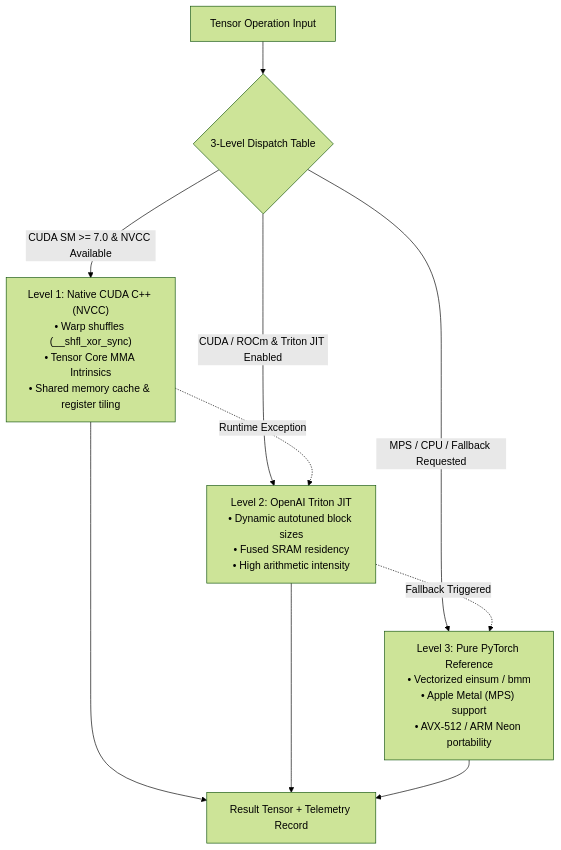
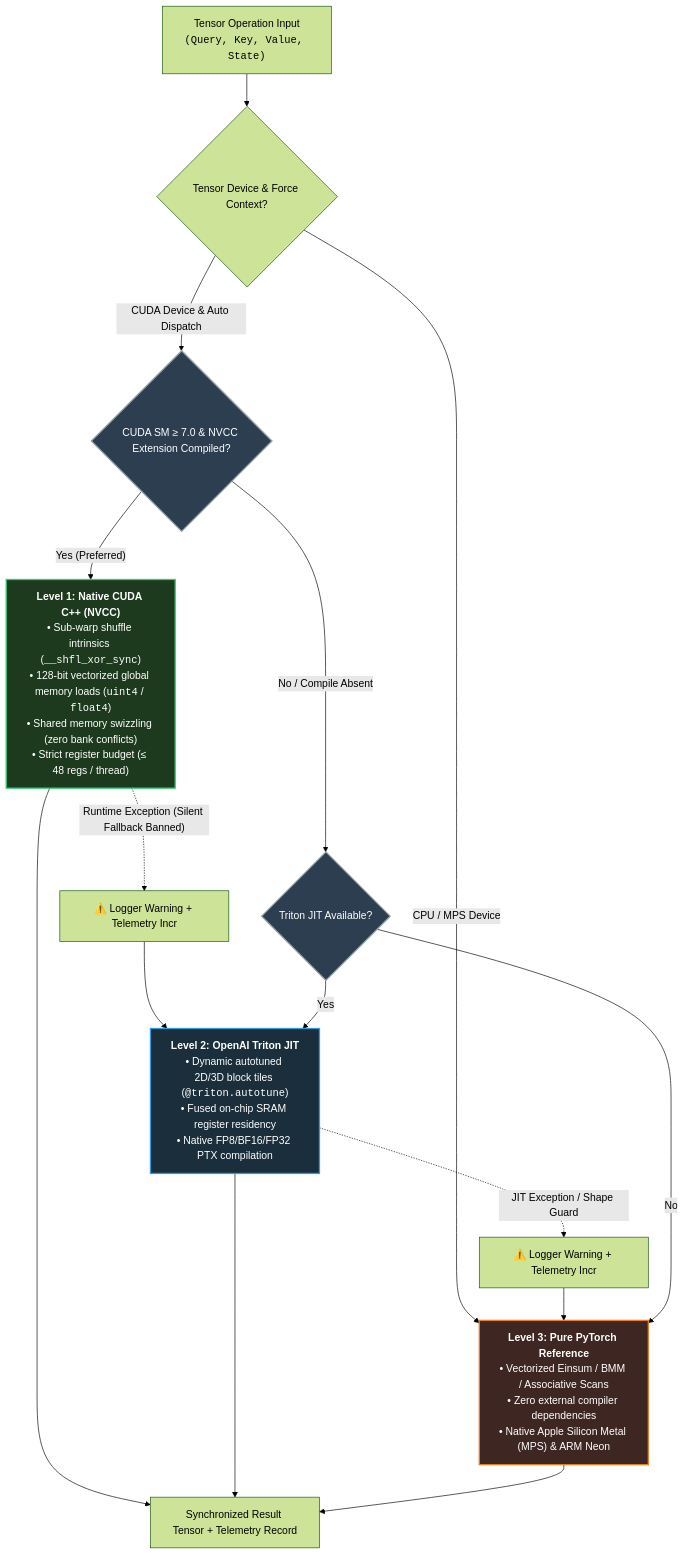
Before and after one commit to tahamajs/NeuralOps: the second of 5 diagrams in README.md, drawn with Mermaid (forest theme). The commit also changed other lines of this file and 3 other files, not shown here.

````diff
--- a/README.md
+++ b/README.md
@@ -410,12 +422,27 @@
 ```mermaid
 flowchart TD
-    In["Tensor Operation Input"] --> Dispatcher{"3-Level Dispatch Table"}
-    Dispatcher -- "CUDA SM >= 7.0 & NVCC Available" --> L1["Level 1: Native CUDA C++ (NVCC)<br>• Warp shuffles (__shfl_xor_sync)<br>• Tensor Core MMA Intrinsics<br>• Shared memory cache & register tiling"]
-    Dispatcher -- "CUDA / ROCm & Triton JIT Enabled" --> L2["Level 2: OpenAI Triton JIT<br>• Dynamic autotuned block sizes<br>• Fused SRAM residency<br>• High arithmetic intensity"]
-    Dispatcher -- "MPS / CPU / Fallback Requested" --> L3["Level 3: Pure PyTorch Reference<br>• Vectorized einsum / bmm<br>• Apple Metal (MPS) support<br>• AVX-512 / ARM Neon portability"]
-    L1 -. "Runtime Exception" .-> L2
-    L2 -. "Fallback Triggered" .-> L3
-    L1 --> Out["Result Tensor + Telemetry Record"]
+    classDef l1 fill:#1e3a1e,stroke:#2ecc71,stroke-width:2px,color:#fff;
+    classDef l2 fill:#1a2e3b,stroke:#3498db,stroke-width:2px,color:#fff;
+    classDef l3 fill:#3e2723,stroke:#e67e22,stroke-width:2px,color:#fff;
+    classDef gate fill:#2c3e50,stroke:#95a5a6,stroke-width:2px,color:#fff;
+
+    In["Tensor Operation Input<br><code>(Query, Key, Value, State)</code>"] --> DevCheck{"Tensor Device & Force Context?"}
+    
+    DevCheck -- "CPU / MPS Device" --> L3["<b>Level 3: Pure PyTorch Reference</b><br>• Vectorized Einsum / BMM / Associative Scans<br>• Zero external compiler dependencies<br>• Native Apple Silicon Metal (MPS) & ARM Neon"]:::l3
+    
+    DevCheck -- "CUDA Device & Auto Dispatch" --> L1Check{"CUDA SM ≥ 7.0 & NVCC Extension Compiled?"}:::gate
+    
+    L1Check -- "Yes (Preferred)" --> L1["<b>Level 1: Native CUDA C++ (NVCC)</b><br>• Sub-warp shuffle intrinsics (<code>__shfl_xor_sync</code>)<br>• 128-bit vectorized global memory loads (<code>uint4</code> / <code>float4</code>)<br>• Shared memory swizzling (zero bank conflicts)<br>• Strict register budget (≤ 48 regs / thread)"]:::l1
+    
+    L1Check -- "No / Compile Absent" --> L2Check{"Triton JIT Available?"}:::gate
+    
+    L1 -. "Runtime Exception (Silent Fallback Banned)" .-> LogWarn1["⚠️ Logger Warning + Telemetry Incr"] --> L2["<b>Level 2: OpenAI Triton JIT</b><br>• Dynamic autotuned 2D/3D block tiles (<code>@triton.autotune</code>)<br>• Fused on-chip SRAM register residency<br>• Native FP8/BF16/FP32 PTX compilation"]:::l2
+    
+    L2Check -- "Yes" --> L2
+    L2 -. "JIT Exception / Shape Guard" .-> LogWarn2["⚠️ Logger Warning + Telemetry Incr"] --> L3
+    L2Check -- "No" --> L3
+    
+    L1 --> Out["Synchronized Result Tensor + Telemetry Record"]
     L2 --> Out
     L3 --> Out
 ```
````
